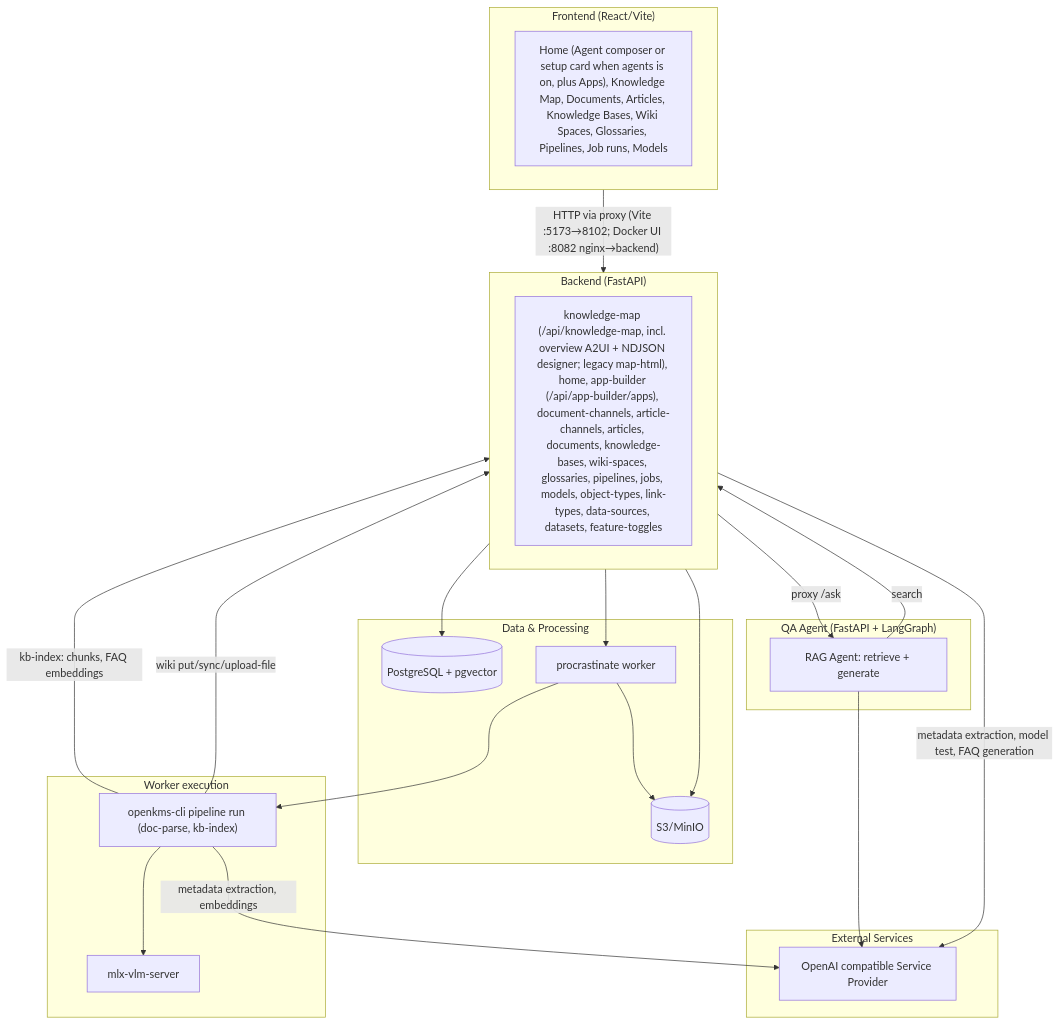
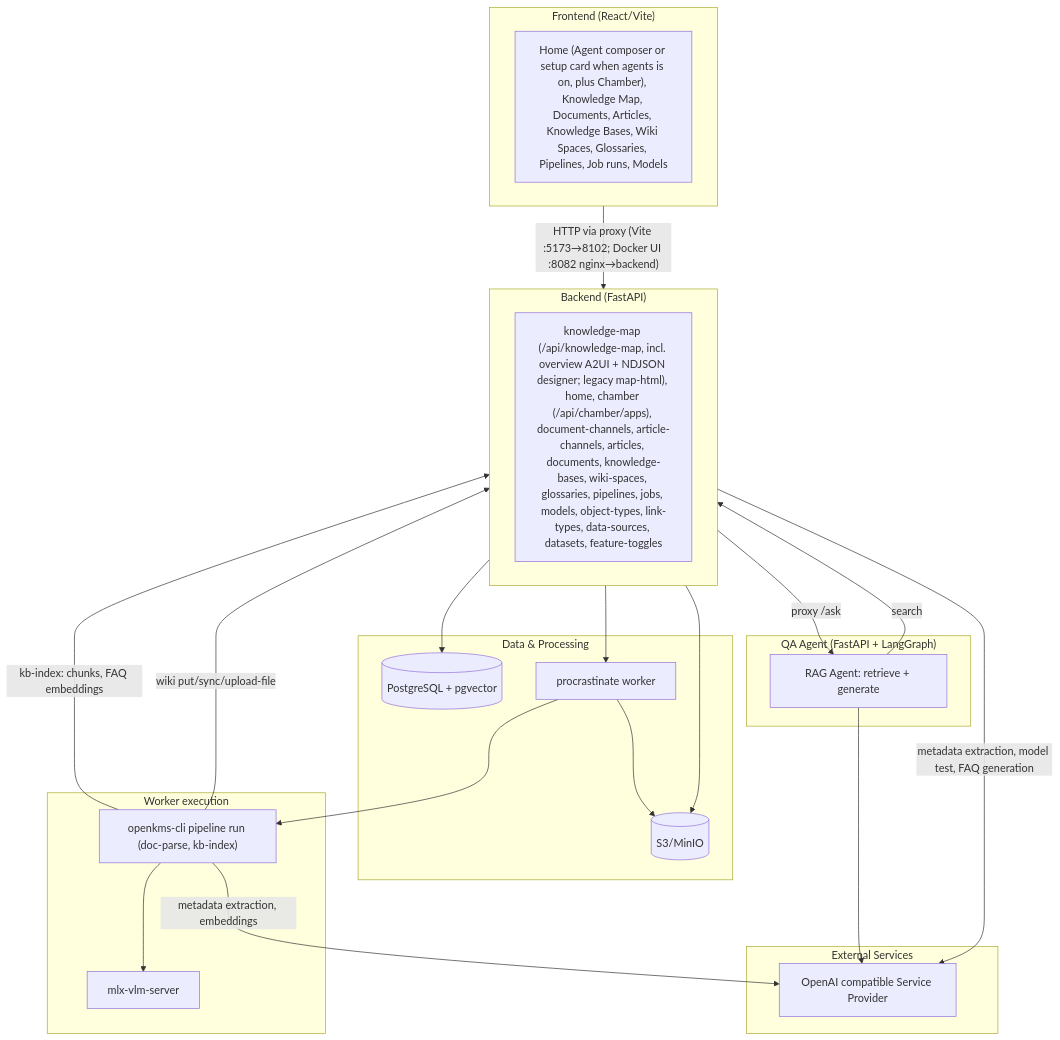
Before and after one commit to yingrui/openKMS: the first of 5 diagrams in docs/architecture.md, drawn with Mermaid. The commit also changed 51 other files, not shown here.

````diff
--- a/docs/architecture.md
+++ b/docs/architecture.md
@@ -7,44 +7,44 @@
 ```mermaid
 flowchart TB
   subgraph Frontend["Frontend (React/Vite)"]
-    FE["Home (Agent composer or setup card when agents is on, plus Apps), Knowledge Map, Documents, Articles, Knowledge Bases, Wiki Spaces, Glossaries, Pipelines, Job runs, Models"]
+    FE["Home (Agent composer or setup card when agents is on, plus Chamber), Knowledge Map, Documents, Articles, Knowledge Bases, Wiki Spaces, Glossaries, Pipelines, Job runs, Models"]
   end
 
   subgraph Backend["Backend (FastAPI)"]
-    API["knowledge-map (/api/knowledge-map, incl. overview A2UI + NDJSON designer; legacy map-html), home, app-builder (/api/app-builder/apps), document-channels, article-channels, articles, documents, knowledge-bases, wiki-spaces, glossaries, pipelines, jobs, models, object-types, link-types, data-sources, datasets, feature-toggles"]
+    API["knowledge-map (/api/knowledge-map, incl. overview A2UI + NDJSON designer; legacy map-html), home, chamber (/api/chamber/apps), document-channels, article-channels, articles, documents, knowledge-bases, wiki-spaces, glossaries, pipelines, jobs, models, object-types, link-types, data-sources, datasets, feature-toggles"]
   end
 
   subgraph Storage["Data & Processing"]
     PG[("PostgreSQL + pgvector")]
     S3[(S3/MinIO)]
     Worker["procrastinate worker"]
   end
 
   subgraph WorkerDetail["Worker execution"]
     CLI["openkms-cli pipeline run (doc-parse, kb-index)"]
     VLM["mlx-vlm-server"]
   end
 
   subgraph QAAgent["QA Agent (FastAPI + LangGraph)"]
     Agent["RAG Agent: retrieve + generate"]
   end
 
   subgraph External["External Services"]
     LLM["OpenAI compatible Service Provider"]
   end
 
   Frontend -->|"HTTP via proxy (Vite :5173→8102; Docker UI :8082 nginx→backend)"| Backend
   Backend --> PG
   Backend --> S3
   Backend --> Worker
   Backend -->|metadata extraction, model test, FAQ generation| LLM
   Backend -->|proxy /ask| Agent
   Agent -->|search| Backend
   Agent --> LLM
   Worker --> S3
   Worker --> CLI
   CLI --> VLM
   CLI -->|metadata extraction, embeddings| LLM
   CLI -->|kb-index: chunks, FAQ embeddings| Backend
   CLI -->|wiki put/sync/upload-file| Backend
 ```
````
